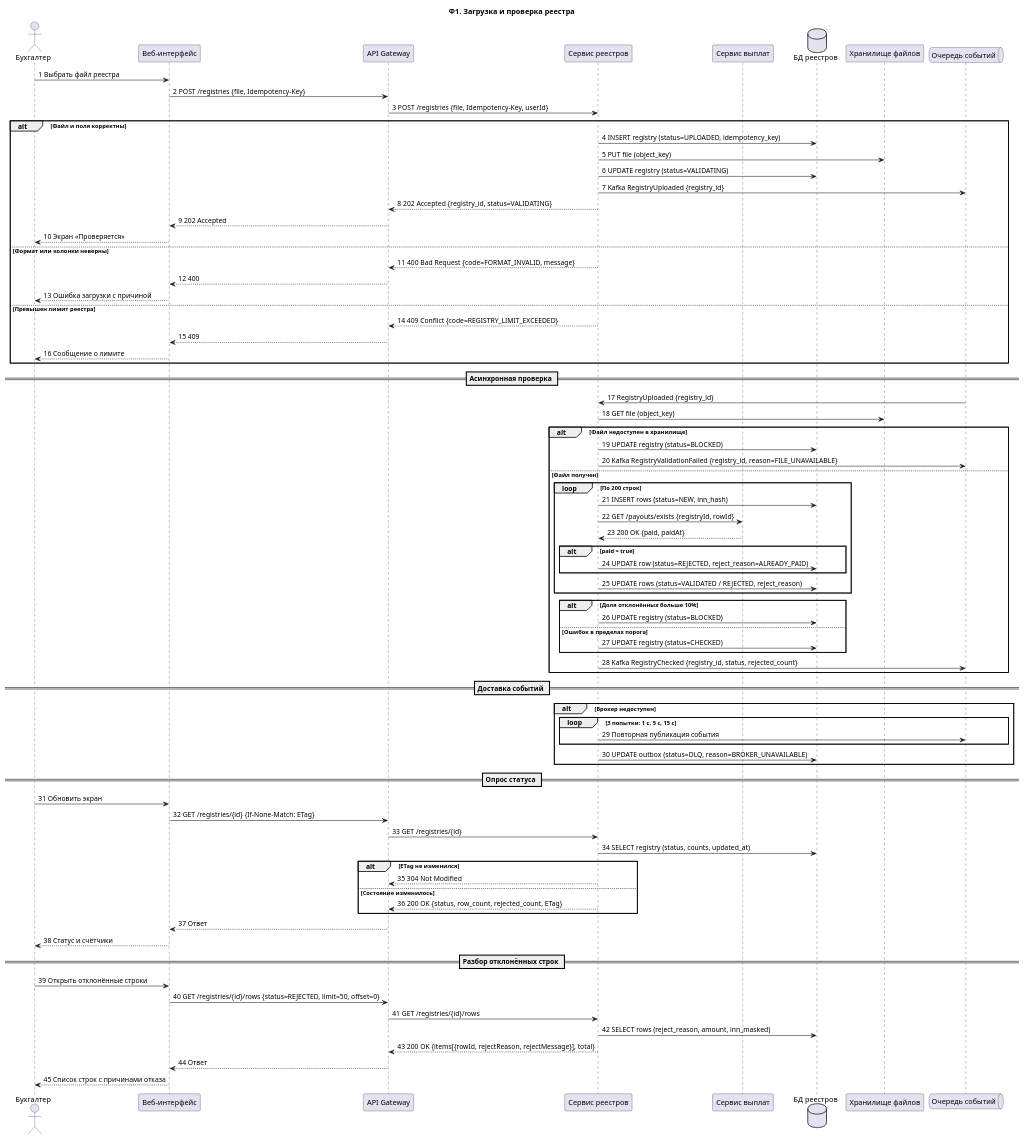
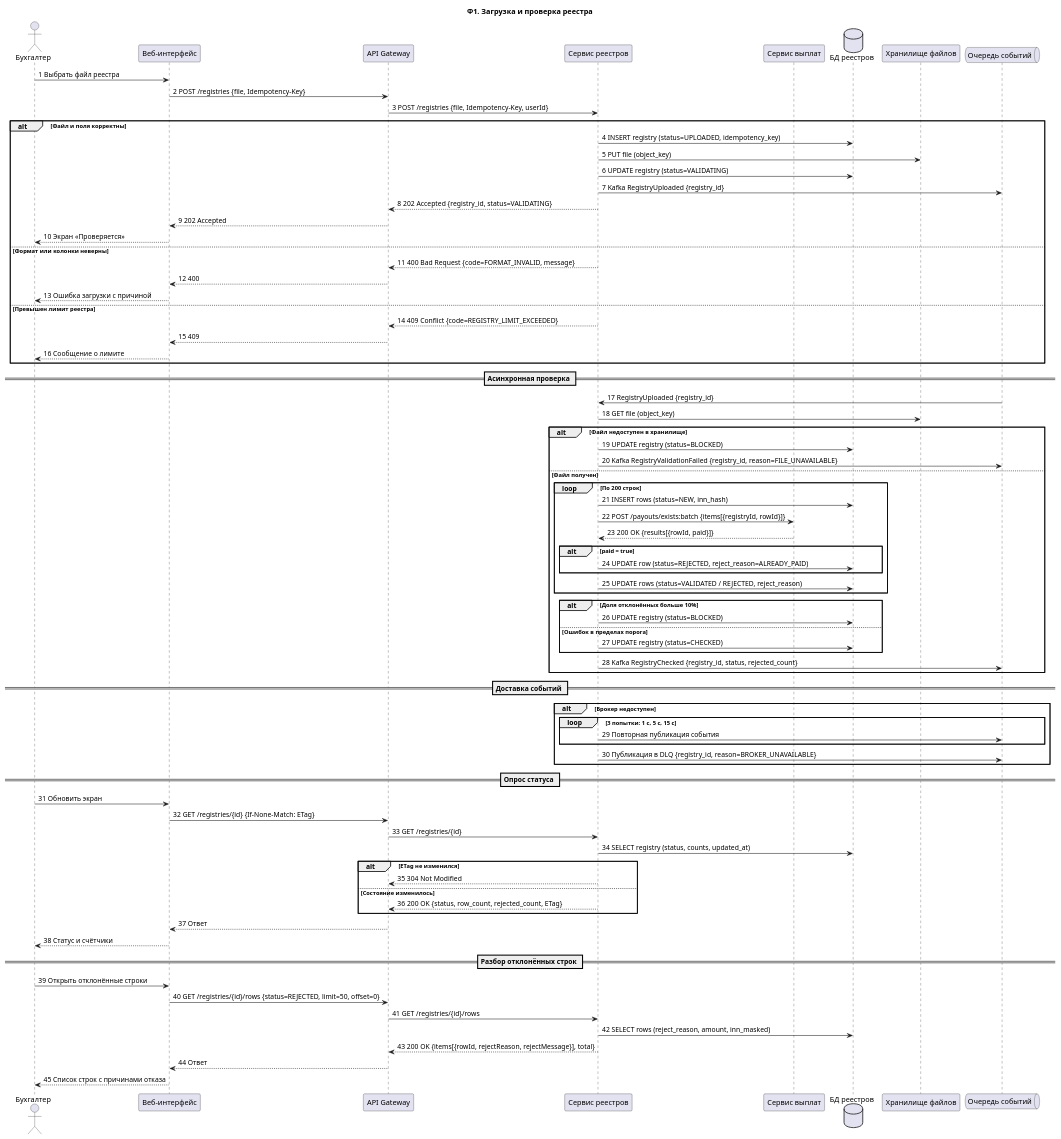
One commit to Antipindima1/722 changed the diagram in artifacts/sequence-registry.puml. Above: the diagram before and after it, drawn with PlantUML.

Commit message:
fix(sequence): regenerate source

```diff
--- a/artifacts/sequence-registry.puml
+++ b/artifacts/sequence-registry.puml
@@ -1,90 +1,90 @@
 @startuml
 title Ф1. Загрузка и проверка реестра
 
 actor "Бухгалтер" as acc
 participant "Веб-интерфейс" as web
 participant "API Gateway" as api
 participant "Сервис реестров" as reg
 participant "Сервис выплат" as pay
 database "БД реестров" as db
 participant "Хранилище файлов" as s3
 queue "Очередь событий" as mq
 
 acc -> web : 1 Выбрать файл реестра
 web -> api : 2 POST /registries {file, Idempotency-Key}
 api -> reg : 3 POST /registries {file, Idempotency-Key, userId}
 
 alt Файл и поля корректны
   reg -> db : 4 INSERT registry (status=UPLOADED, idempotency_key)
   reg -> s3 : 5 PUT file (object_key)
   reg -> db : 6 UPDATE registry (status=VALIDATING)
   reg -> mq : 7 Kafka RegistryUploaded {registry_id}
   reg --> api : 8 202 Accepted {registry_id, status=VALIDATING}
   api --> web : 9 202 Accepted
   web --> acc : 10 Экран «Проверяется»
 else Формат или колонки неверны
   reg --> api : 11 400 Bad Request {code=FORMAT_INVALID, message}
   api --> web : 12 400
   web --> acc : 13 Ошибка загрузки с причиной
 else Превышен лимит реестра
   reg --> api : 14 409 Conflict {code=REGISTRY_LIMIT_EXCEEDED}
   api --> web : 15 409
   web --> acc : 16 Сообщение о лимите
 end
 
 == Асинхронная проверка ==
 mq -> reg : 17 RegistryUploaded {registry_id}
 reg -> s3 : 18 GET file (object_key)
 
 alt Файл недоступен в хранилище
   reg -> db : 19 UPDATE registry (status=BLOCKED)
   reg -> mq : 20 Kafka RegistryValidationFailed {registry_id, reason=FILE_UNAVAILABLE}
 else Файл получен
   loop По 200 строк
     reg -> db : 21 INSERT rows (status=NEW, inn_hash)
-    reg -> pay : 22 GET /payouts/exists {registryId, rowId}
-    pay --> reg : 23 200 OK {paid, paidAt}
+    reg -> pay : 22 POST /payouts/exists:batch {items[{registryId, rowId}]}
+    pay --> reg : 23 200 OK {results[{rowId, paid}]}
     alt paid = true
       reg -> db : 24 UPDATE row (status=REJECTED, reject_reason=ALREADY_PAID)
     end
     reg -> db : 25 UPDATE rows (status=VALIDATED / REJECTED, reject_reason)
   end
   alt Доля отклонённых больше 10%
     reg -> db : 26 UPDATE registry (status=BLOCKED)
   else Ошибок в пределах порога
     reg -> db : 27 UPDATE registry (status=CHECKED)
   end
   reg -> mq : 28 Kafka RegistryChecked {registry_id, status, rejected_count}
 end
 
 == Доставка событий ==
 alt Брокер недоступен
   loop 3 попытки: 1 с, 5 с, 15 с
     reg -> mq : 29 Повторная публикация события
   end
-  reg -> db : 30 UPDATE outbox (status=DLQ, reason=BROKER_UNAVAILABLE)
+  reg -> mq : 30 Публикация в DLQ {registry_id, reason=BROKER_UNAVAILABLE}
 end
 
 == Опрос статуса ==
 acc -> web : 31 Обновить экран
 web -> api : 32 GET /registries/{id} {If-None-Match: ETag}
 api -> reg : 33 GET /registries/{id}
 reg -> db : 34 SELECT registry (status, counts, updated_at)
 alt ETag не изменился
   reg --> api : 35 304 Not Modified
 else Состояние изменилось
   reg --> api : 36 200 OK {status, row_count, rejected_count, ETag}
 end
 api --> web : 37 Ответ
 web --> acc : 38 Статус и счётчики
 
 == Разбор отклонённых строк ==
 acc -> web : 39 Открыть отклонённые строки
 web -> api : 40 GET /registries/{id}/rows {status=REJECTED, limit=50, offset=0}
 api -> reg : 41 GET /registries/{id}/rows
 reg -> db : 42 SELECT rows (reject_reason, amount, inn_masked)
 reg --> api : 43 200 OK {items[{rowId, rejectReason, rejectMessage}], total}
 api --> web : 44 Ответ
 web --> acc : 45 Список строк с причинами отказа
 
 @enduml
```
